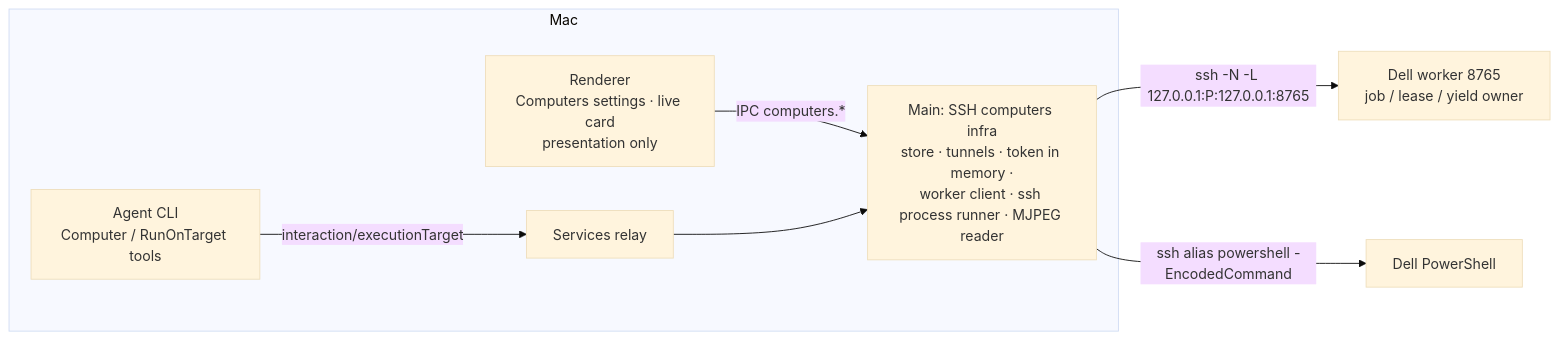
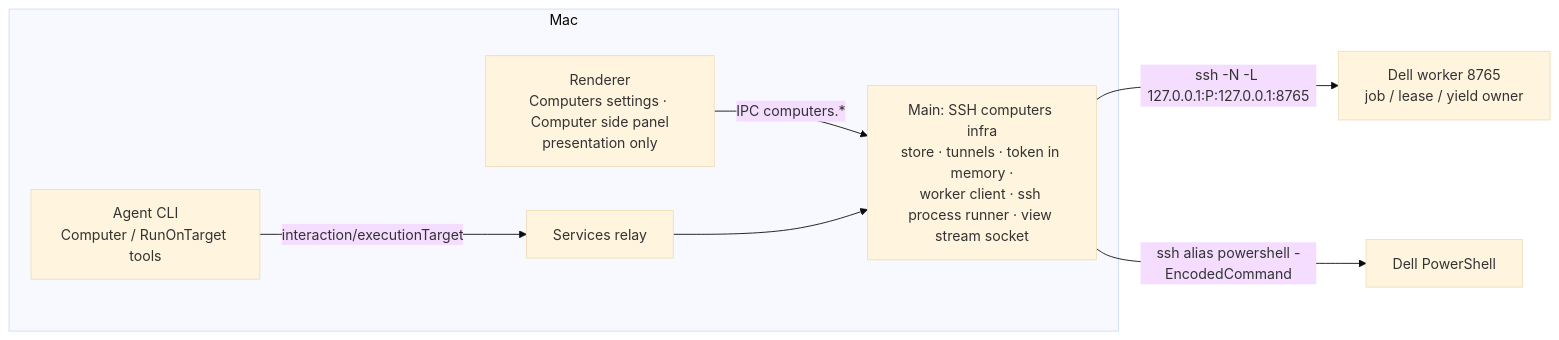
The first of 5 diagrams in packages/desktop/specs/acevra-agent-computer.md (Ykkfelipe/AceVra), drawn with Mermaid (base theme) before and after one commit. The commit also changed other lines of this file, not shown here.

Commit message:
docs(spec): computer side panel, take control and view stream

````diff
--- a/packages/desktop/specs/acevra-agent-computer.md
+++ b/packages/desktop/specs/acevra-agent-computer.md
@@ -173,10 +209,10 @@
 ```mermaid
 flowchart LR
   subgraph Mac
-    R[Renderer<br/>Computers settings · live card<br/>presentation only] -- IPC computers.* --> M
+    R[Renderer<br/>Computers settings · Computer side panel<br/>presentation only] -- IPC computers.* --> M
     CLI[Agent CLI<br/>Computer / RunOnTarget tools] -- interaction/executionTarget --> S[Services relay] --> M
-    M[Main: SSH computers infra<br/>store · tunnels · token in memory ·<br/>worker client · ssh process runner · MJPEG reader]
+    M[Main: SSH computers infra<br/>store · tunnels · token in memory ·<br/>worker client · ssh process runner · view stream socket]
   end
   M -- "ssh -N -L 127.0.0.1:P:127.0.0.1:8765" --> D[Dell worker 8765<br/>job / lease / yield owner]
   M -- "ssh alias powershell -EncodedCommand" --> P[Dell PowerShell]
 ```
````
